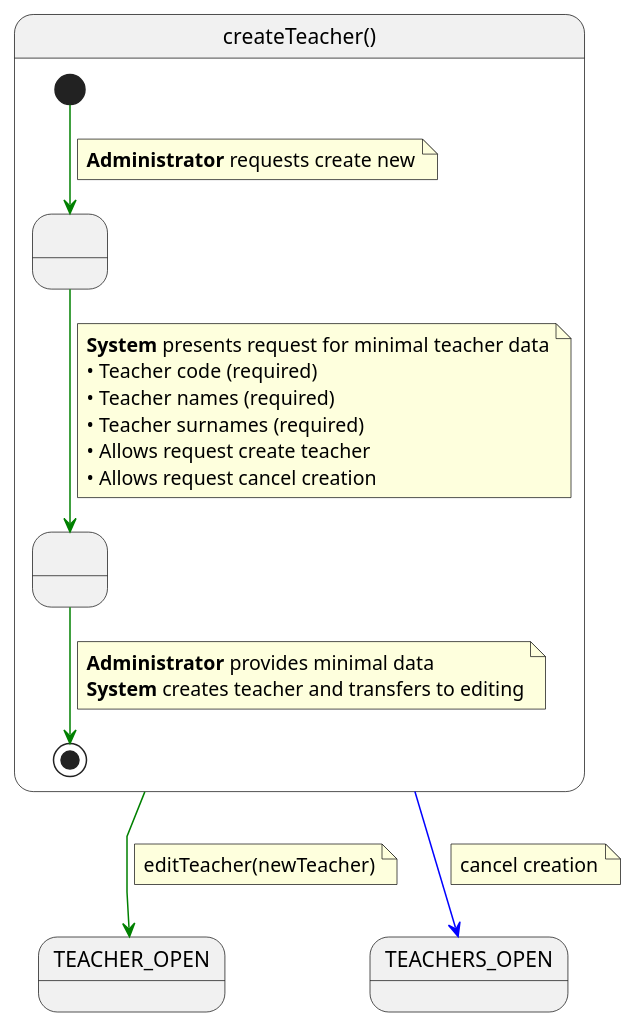
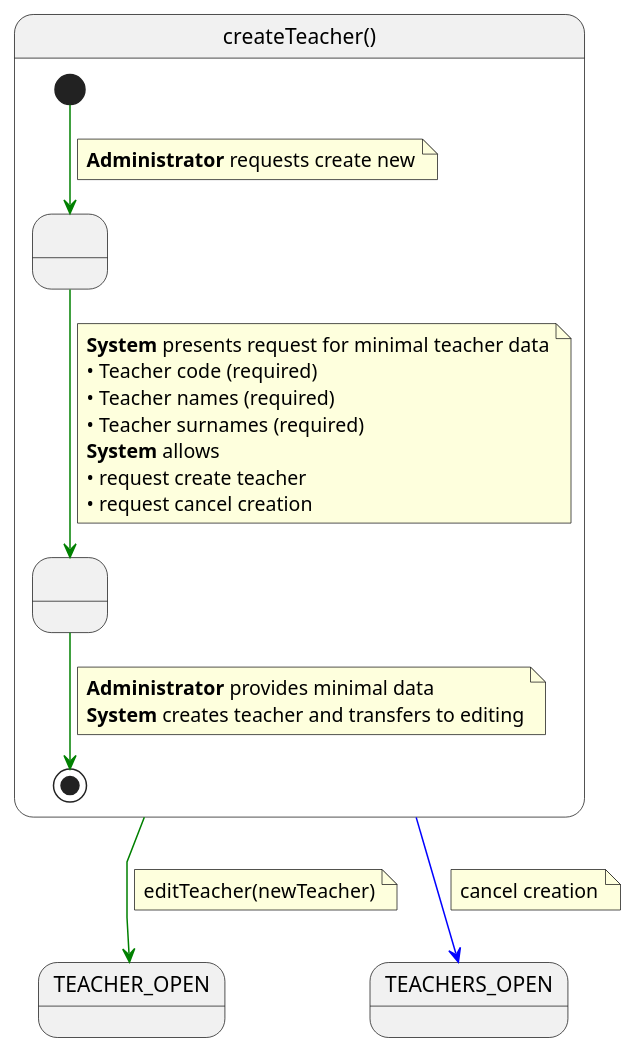
The diagram in RUP/00-casos-uso/02-detalle/createTeacher/especificacion.puml (mmasias/pySigHor), drawn with PlantUML before and after one commit. The commit also changed 77 other files, not shown here.

```diff
--- a/RUP/00-casos-uso/02-detalle/createTeacher/especificacion.puml
+++ b/RUP/00-casos-uso/02-detalle/createTeacher/especificacion.puml
@@ -1,42 +1,43 @@
 @startuml createTeacher
 
 skinparam linetype polyline
 
 state createTeacher as "createTeacher()" {
 
     state " " as RequestingData
     state " " as CreatingTeacher
 
     [*] -[#green]-> RequestingData 
     note on link
     <b>Administrator</b> requests create new
     end note    
     
     RequestingData -[#green]-> CreatingTeacher
     note on link
     <b>System</b> presents request for minimal teacher data
     • Teacher code (required)
     • Teacher names (required)
     • Teacher surnames (required)
-    • Allows request create teacher
-    • Allows request cancel creation
+    <b>System</b> allows
+    • request create teacher
+    • request cancel creation
     end note
     
     CreatingTeacher -[#green]-> [*]
     note on link
     <b>Administrator</b> provides minimal data
     <b>System</b> creates teacher and transfers to editing
     end note
 }
 
 createTeacher -[#green]-> TEACHER_OPEN
 note on link
 editTeacher(newTeacher)
 end note
 
 createTeacher -[#blue]-> TEACHERS_OPEN
 note on link
 cancel creation
 end note
 
 @enduml
```
